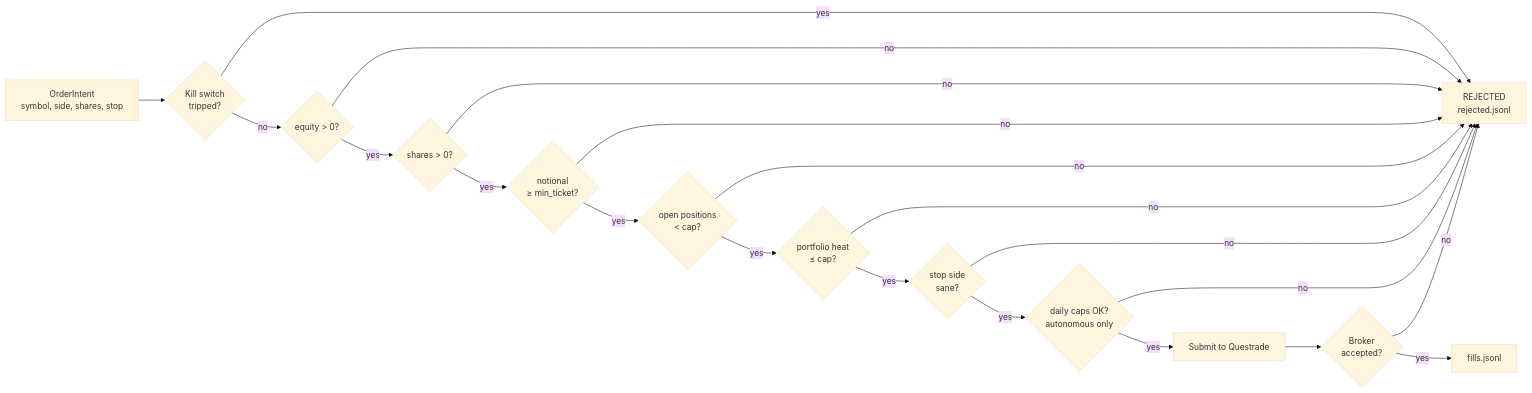
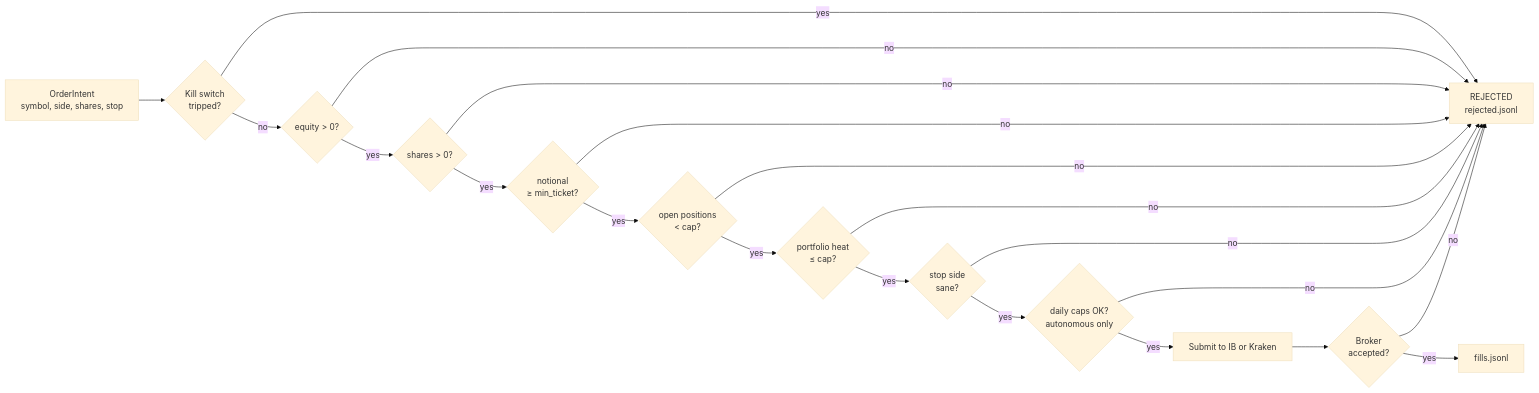
Before and after one commit to akshan-bansal/FRM-Claude-tradecard: the third of 4 diagrams in README.md, drawn with Mermaid (base theme). The commit also changed other lines of this file and 42 other files, not shown here.

First line of the commit message:
Delete the Questrade broker and move the docs, skills and templates to IB and Kraken

````diff
--- a/README.md
+++ b/README.md
@@ -293,23 +293,23 @@
 ```mermaid
 flowchart LR
     Intent[OrderIntent<br/>symbol, side, shares, stop] --> G1{Kill switch<br/>tripped?}
     G1 -->|yes| Rejected[REJECTED<br/>rejected.jsonl]
     G1 -->|no| G2{equity &gt; 0?}
     G2 -->|no| Rejected
     G2 -->|yes| G3{shares &gt; 0?}
     G3 -->|no| Rejected
     G3 -->|yes| G4{notional<br/>&ge; min_ticket?}
     G4 -->|no| Rejected
     G4 -->|yes| G5{open positions<br/>&lt; cap?}
     G5 -->|no| Rejected
     G5 -->|yes| G6{portfolio heat<br/>&le; cap?}
     G6 -->|no| Rejected
     G6 -->|yes| G7{stop side<br/>sane?}
     G7 -->|no| Rejected
     G7 -->|yes| G8{daily caps OK?<br/>autonomous only}
     G8 -->|no| Rejected
-    G8 -->|yes| Place[Submit to Questrade]
+    G8 -->|yes| Place[Submit to IB or Kraken]
     Place --> BrokerNo{Broker<br/>accepted?}
     BrokerNo -->|no| Rejected
     BrokerNo -->|yes| Filled[fills.jsonl]
 ```
````
